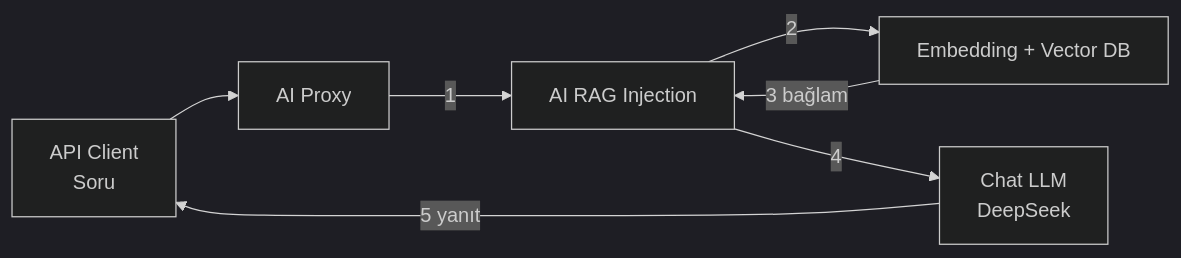
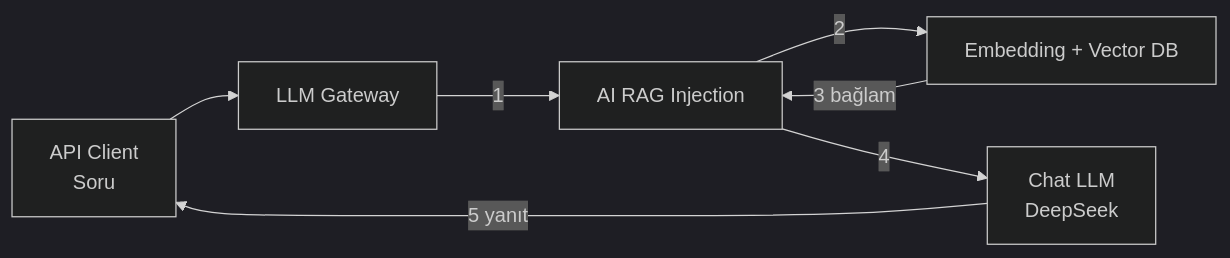
The diagram in tr/tutorials/ai-proxy-senaryolari/ai-rag-injection-politikasi.mdx (apinizer/docs), drawn with Mermaid (dark theme) before and after one commit. The commit also changed other lines of this file and 21 other files, not shown here.

First line of the commit message:
docs: LLM Gateway naming outside ai-gateway pages (alarm scope, traffic, identity, tutorials, articles)

````diff
--- a/tr/tutorials/ai-proxy-senaryolari/ai-rag-injection-politikasi.mdx
+++ b/tr/tutorials/ai-proxy-senaryolari/ai-rag-injection-politikasi.mdx
@@ -12,9 +12,9 @@
 ```mermaid
 flowchart LR
-  A["API Client<br/>Soru"] --> B["AI Proxy"]
+  A["API Client<br/>Soru"] --> B["LLM Gateway"]
   B -->|"1"| C["AI RAG Injection"]
   C -->|"2"| D["Embedding + Vector DB"]
   D -->|"3 bağlam"| C
   C -->|"4"| E["Chat LLM<br/>DeepSeek"]
   E -->|"5 yanıt"| A
 ```
````
